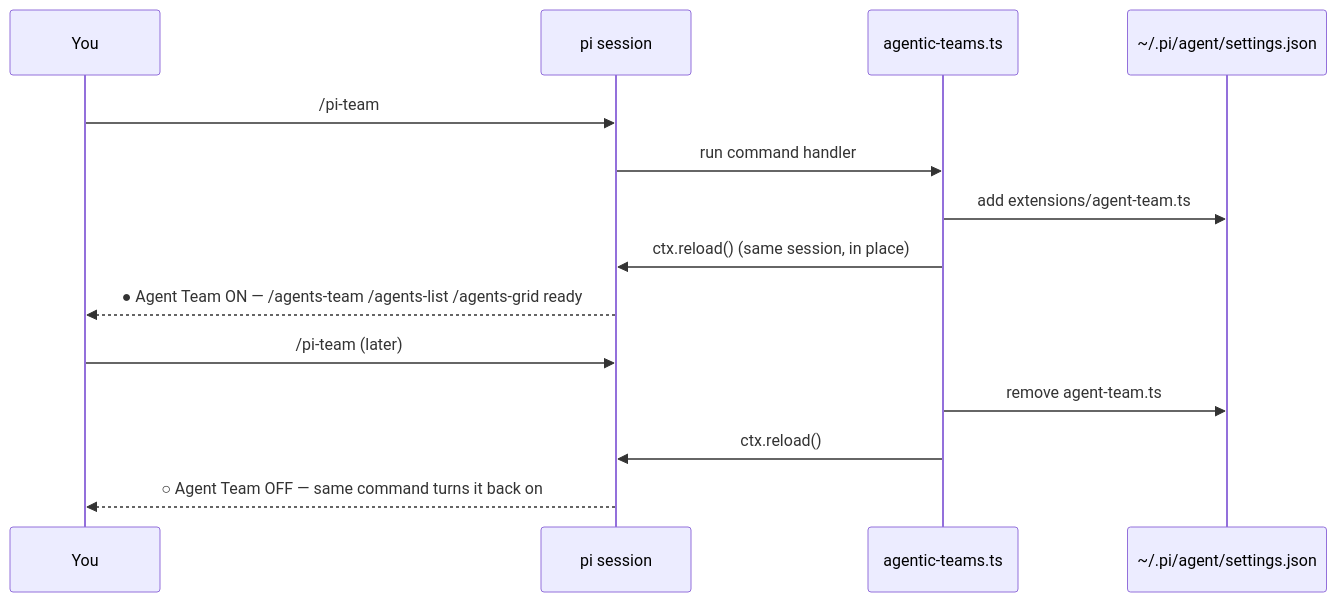
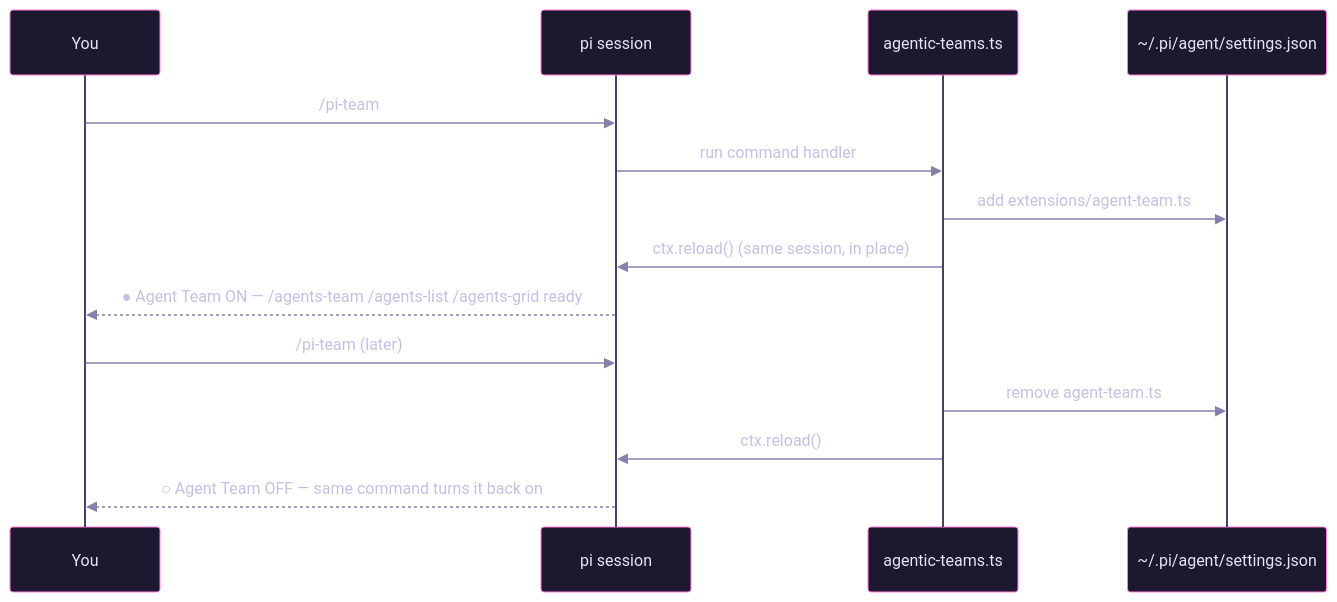
Before and after one commit to devclone20/agentic-teams-pi: the second of 2 diagrams in README.md, drawn with Mermaid. The commit also changed other lines of this file and 3 other files, not shown here.

First line of the commit message:
docs(readme): showcase visuals — hero banner, colored worktree, live-boards mockup, styled mermaid diagrams

````diff
--- a/README.md
+++ b/README.md
@@ -189,17 +233,18 @@
 ```mermaid
+%%{init: {'theme':'base','themeVariables':{'actorBkg':'#1d1830','actorTextColor':'#e8e3f5','actorBorder':'#ff7edb','actorLineColor':'#4a3f66','signalColor':'#8a7fa8','signalTextColor':'#c8bfe0','noteBkgColor':'#241a2e','noteTextColor':'#fede5d','noteBorderColor':'#fede5d','fontFamily':'monospace'}}}%%
 sequenceDiagram
     participant You
     participant Session as pi session
     participant Master as agentic-teams.ts
     participant Settings as ~/.pi/agent/settings.json
 
     You->>Session: /pi-team
     Session->>Master: run command handler
     Master->>Settings: add extensions/agent-team.ts
     Master->>Session: ctx.reload()  (same session, in place)
     Session-->>You: ● Agent Team ON — /agents-team /agents-list /agents-grid ready
     You->>Session: /pi-team   (later)
     Master->>Settings: remove agent-team.ts
     Master->>Session: ctx.reload()
     Session-->>You: ○ Agent Team OFF — same command turns it back on
 ```
````
